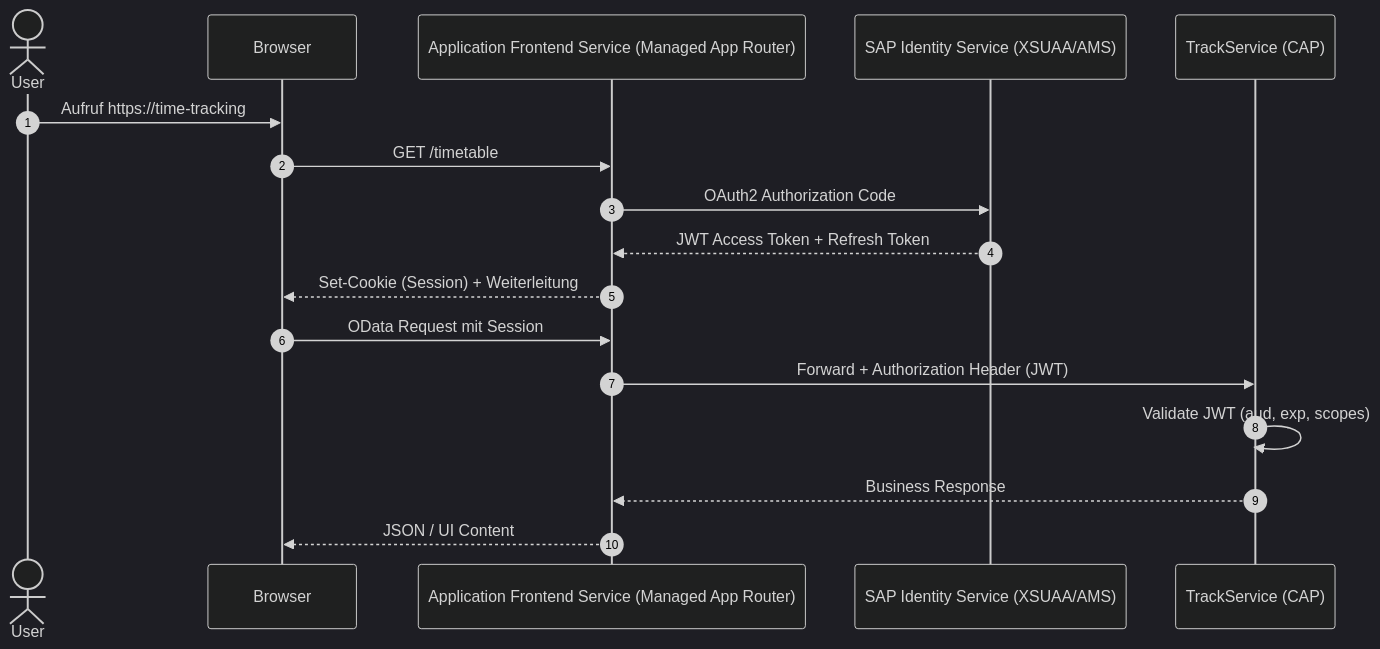
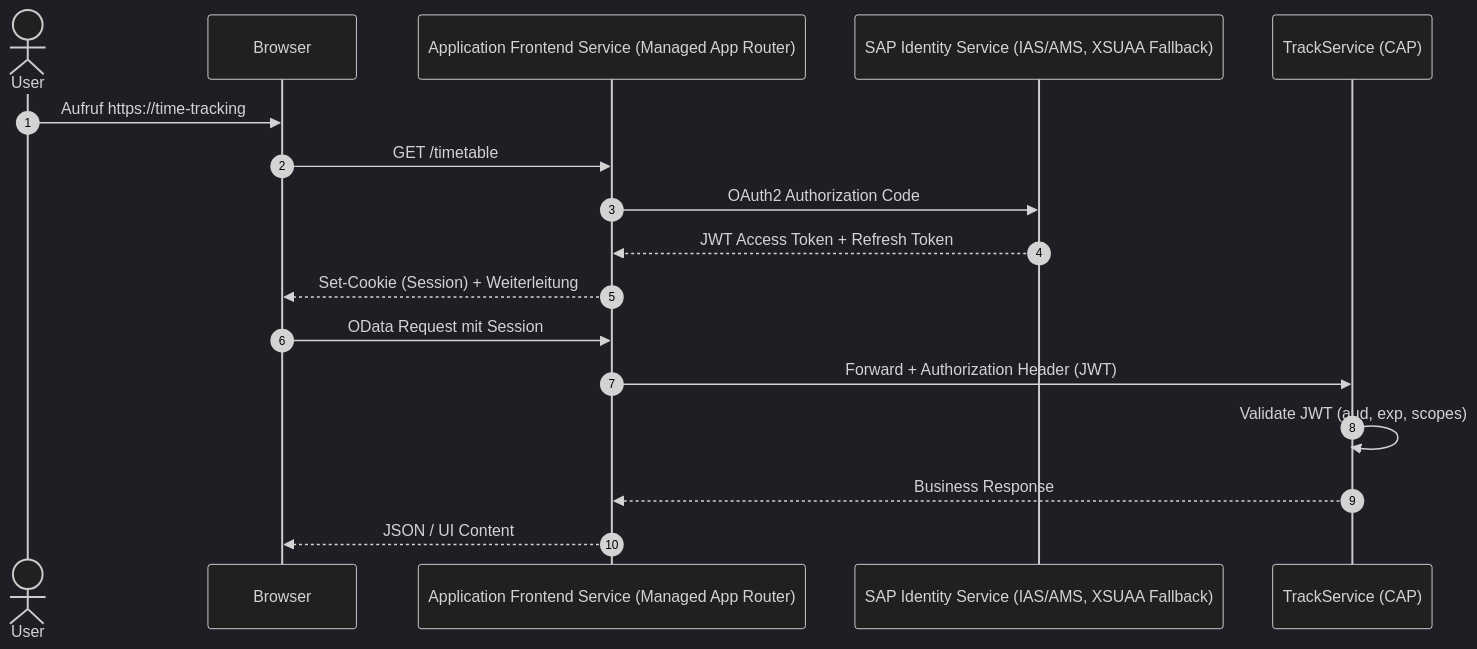
Before and after one commit to nimble-123/cap-fiori-timetracking: the tenth of 11 diagrams in docs/ARCHITECTURE.md, drawn with Mermaid (dark theme). The commit also changed other lines of this file and 3 other files, not shown here.

````diff
--- a/docs/ARCHITECTURE.md
+++ b/docs/ARCHITECTURE.md
@@ -1874,20 +1878,20 @@
 ```mermaid
 sequenceDiagram
     autonumber
     actor User
     participant Browser
     participant AppFront as Application Frontend Service (Managed App Router)
-    participant Identity as SAP Identity Service (XSUAA/AMS)
+    participant Identity as SAP Identity Service (IAS/AMS, XSUAA Fallback)
     participant CAP as TrackService (CAP)
 
     User->>Browser: Aufruf https://time-tracking
     Browser->>AppFront: GET /timetable
     AppFront->>Identity: OAuth2 Authorization Code
     Identity-->>AppFront: JWT Access Token + Refresh Token
     AppFront-->>Browser: Set-Cookie (Session) + Weiterleitung
     Browser->>AppFront: OData Request mit Session
     AppFront->>CAP: Forward + Authorization Header (JWT)
     CAP->>CAP: Validate JWT (aud, exp, scopes)
     CAP-->>AppFront: Business Response
     AppFront-->>Browser: JSON / UI Content
 ```
````
